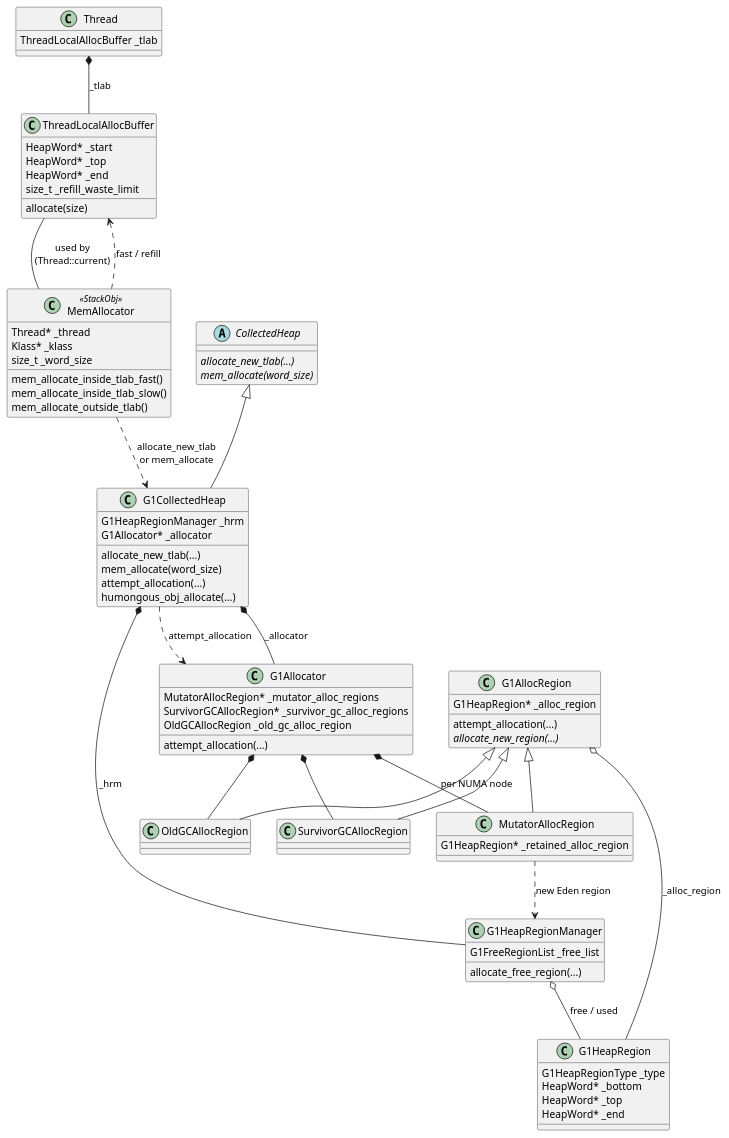
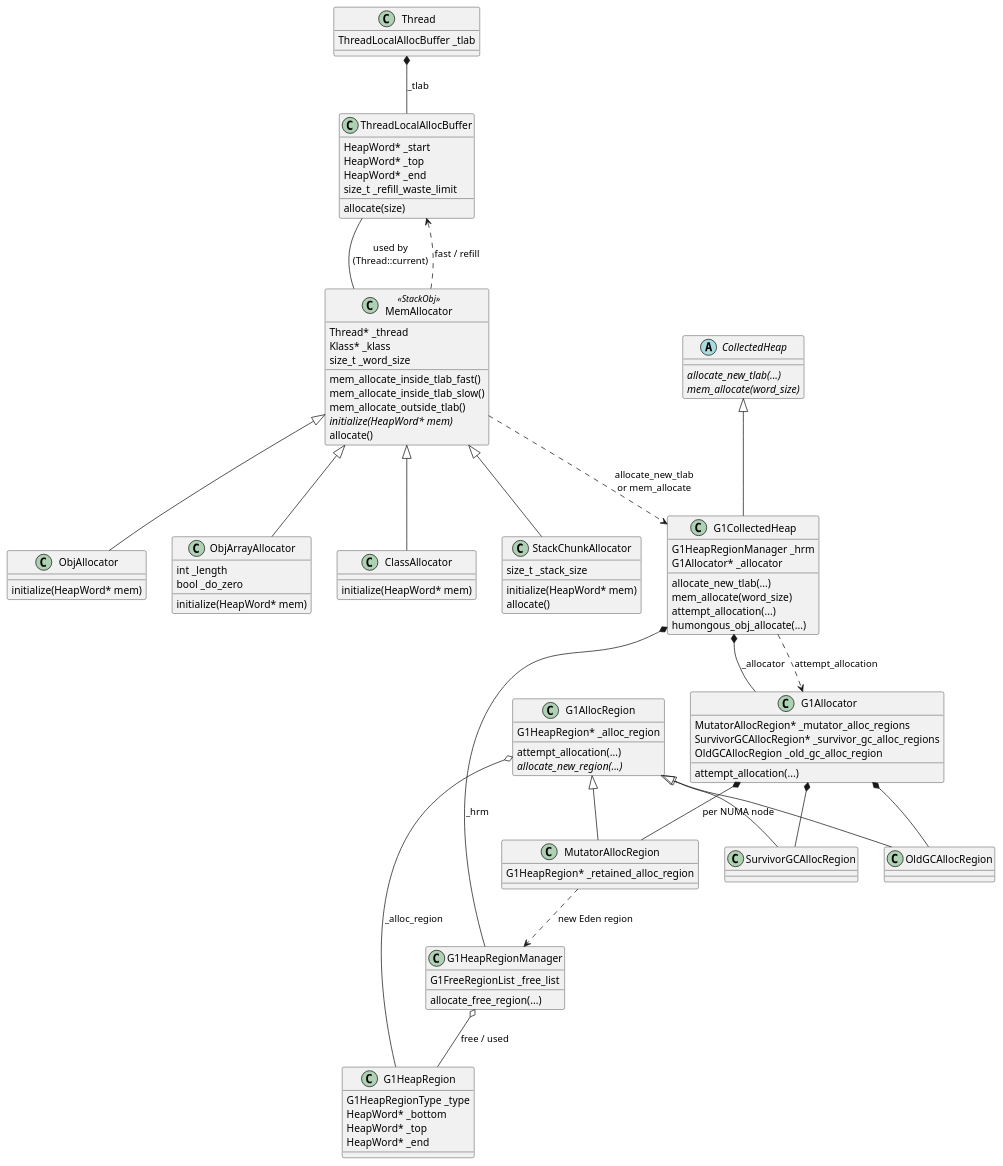
The diagram in content/post/java/jvm/gc/index.md (kevinwang930/kevinwang930.github.io), drawn with PlantUML before and after one commit. The commit also changed other lines of this file and 2 other files, not shown here.

```diff
--- a/content/post/java/jvm/gc/index.md
+++ b/content/post/java/jvm/gc/index.md
@@ -69,6 +83,24 @@
   mem_allocate_inside_tlab_fast()
   mem_allocate_inside_tlab_slow()
   mem_allocate_outside_tlab()
+  {abstract} initialize(HeapWord* mem)
+  allocate()
+}
+class ObjAllocator {
+  initialize(HeapWord* mem)
+}
+class ObjArrayAllocator {
+  int _length
+  bool _do_zero
+  initialize(HeapWord* mem)
+}
+class ClassAllocator {
+  initialize(HeapWord* mem)
+}
+class StackChunkAllocator {
+  size_t _stack_size
+  initialize(HeapWord* mem)
+  allocate()
 }
 
 abstract class CollectedHeap {
@@ -117,6 +149,10 @@
   HeapWord* _end
 }
 
+MemAllocator <|-- ObjAllocator
+MemAllocator <|-- ObjArrayAllocator
+MemAllocator <|-- ClassAllocator
+MemAllocator <|-- StackChunkAllocator
 Thread *-down- ThreadLocalAllocBuffer : _tlab
 ThreadLocalAllocBuffer -down- MemAllocator : used by\n(Thread::current)
 MemAllocator ..> ThreadLocalAllocBuffer : fast / refill
```
